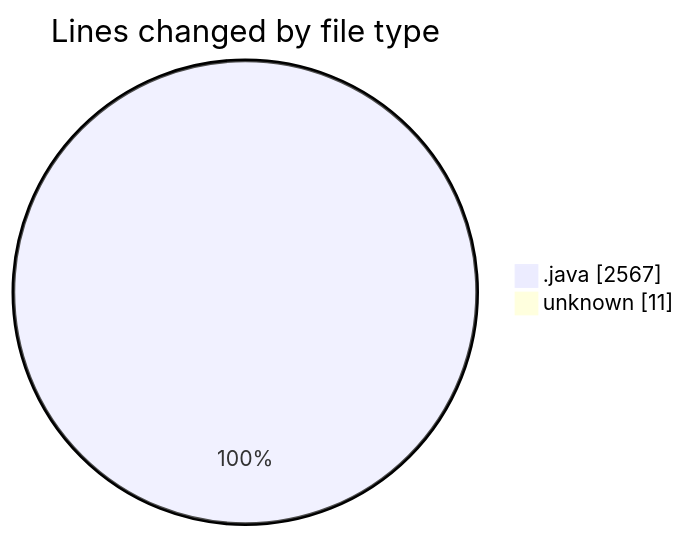
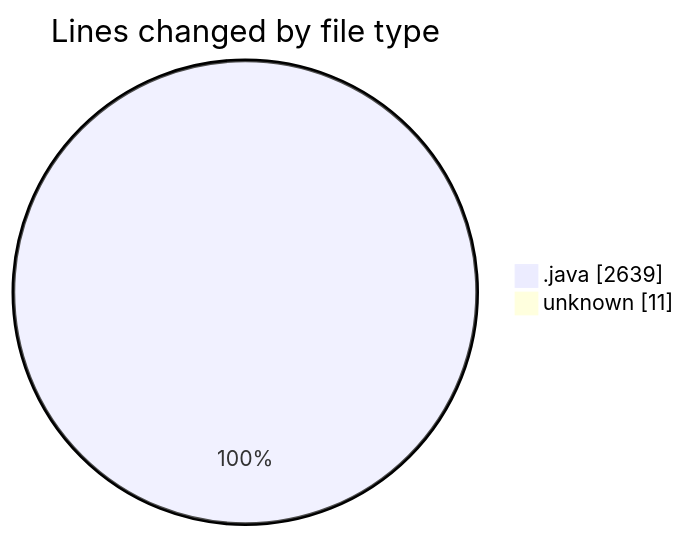
The first of 2 diagrams in 2026-05-07/cilapp/README.md (ricardozamudiocil/code-tracking), drawn with Mermaid before and after one commit. The commit also changed other lines of this file and 1 other file, not shown here.

````diff
--- a/2026-05-07/cilapp/README.md
+++ b/2026-05-07/cilapp/README.md
@@ -23,6 +23,6 @@
 ```mermaid
 pie showData
 title Lines changed by file type
-".java" : 2567
+".java" : 2639
 "unknown" : 11
 ```
````
